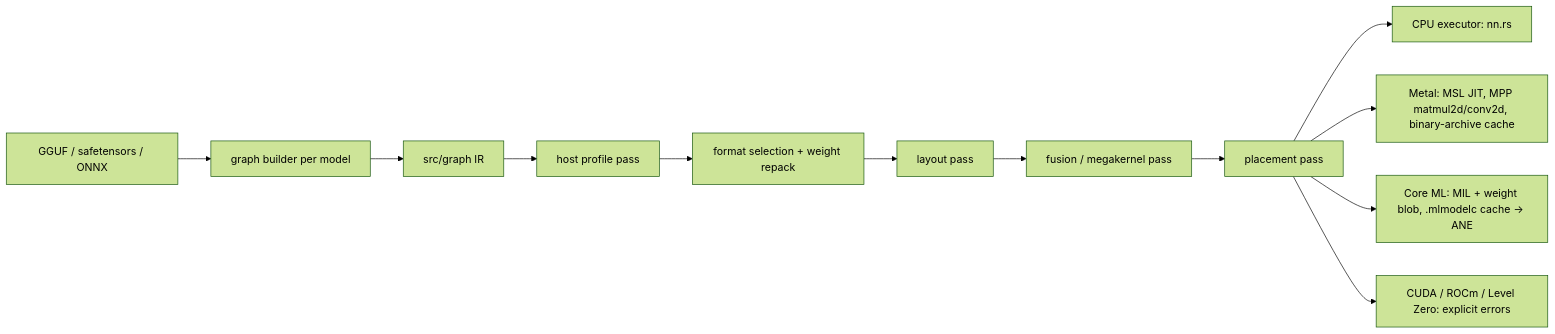
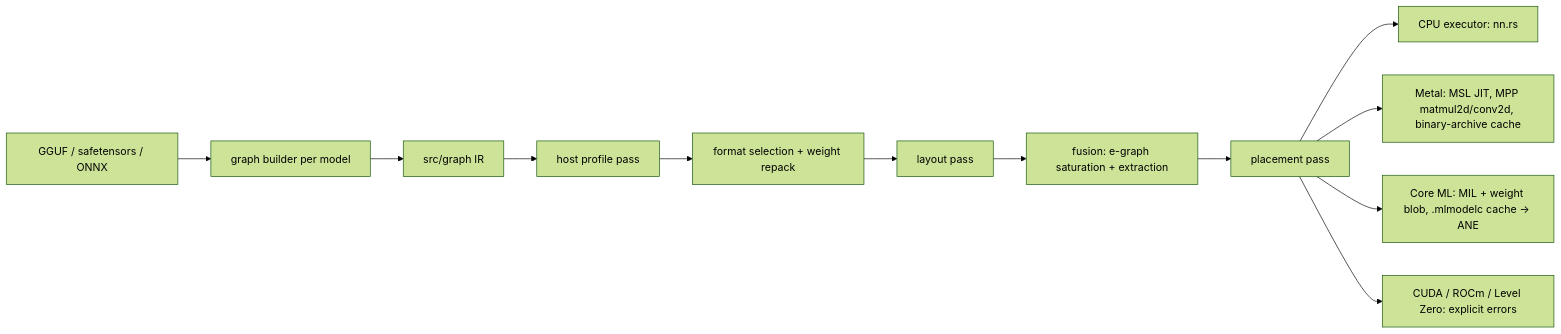
One commit to MisterTK/gibbs changed the diagram in PLAN.md. Above: the diagram before and after it, drawn with Mermaid (forest theme). The commit also changed 9 other files, not shown here.

````diff
--- a/PLAN.md
+++ b/PLAN.md
@@ -21,14 +21,14 @@
 ```mermaid
 flowchart LR
   W[GGUF / safetensors / ONNX] --> B[graph builder per model]
   B --> IR[src/graph IR]
   IR --> HP[host profile pass]
   HP --> Q[format selection + weight repack]
   Q --> L[layout pass]
-  L --> F[fusion / megakernel pass]
+  L --> F[fusion: e-graph saturation + extraction]
   F --> PL[placement pass]
   PL --> CPU[CPU executor: nn.rs]
   PL --> MTL[Metal: MSL JIT, MPP matmul2d/conv2d, binary-archive cache]
   PL --> CML[Core ML: MIL + weight blob, .mlmodelc cache → ANE]
   PL --> STUB[CUDA / ROCm / Level Zero: explicit errors]
 ```
````
